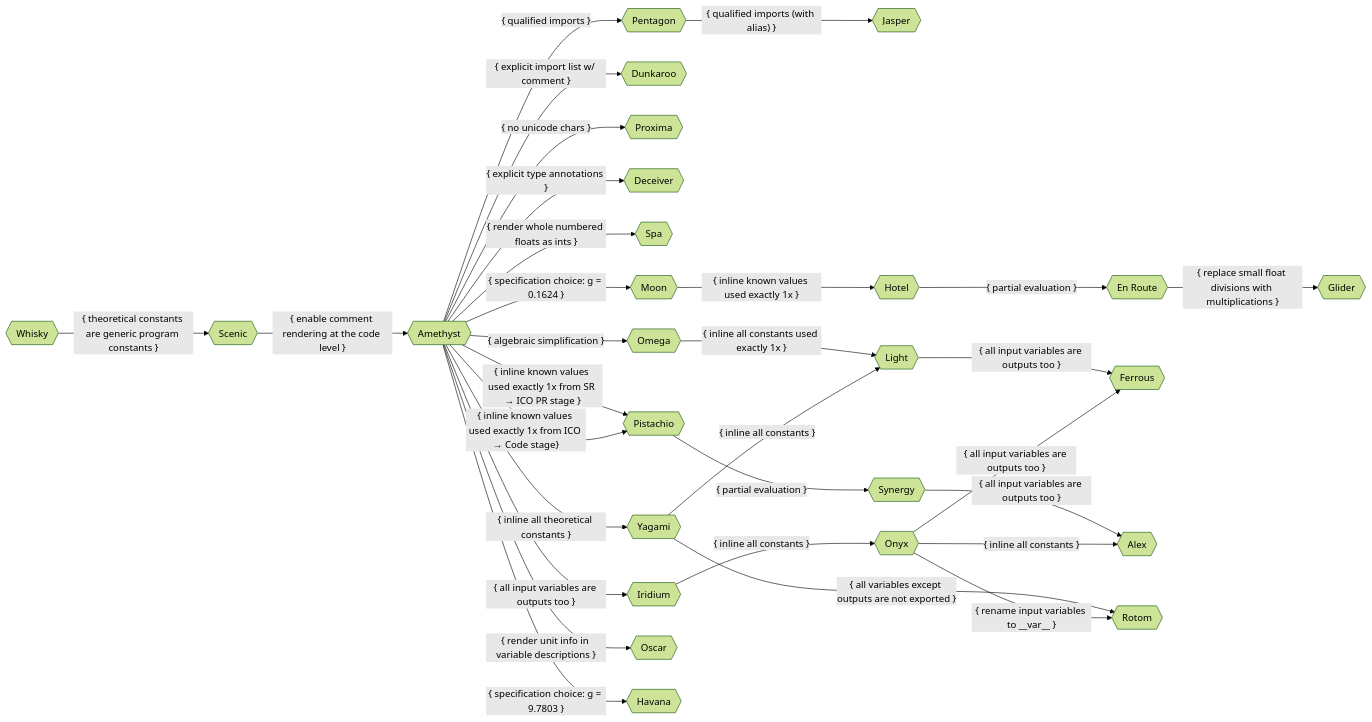
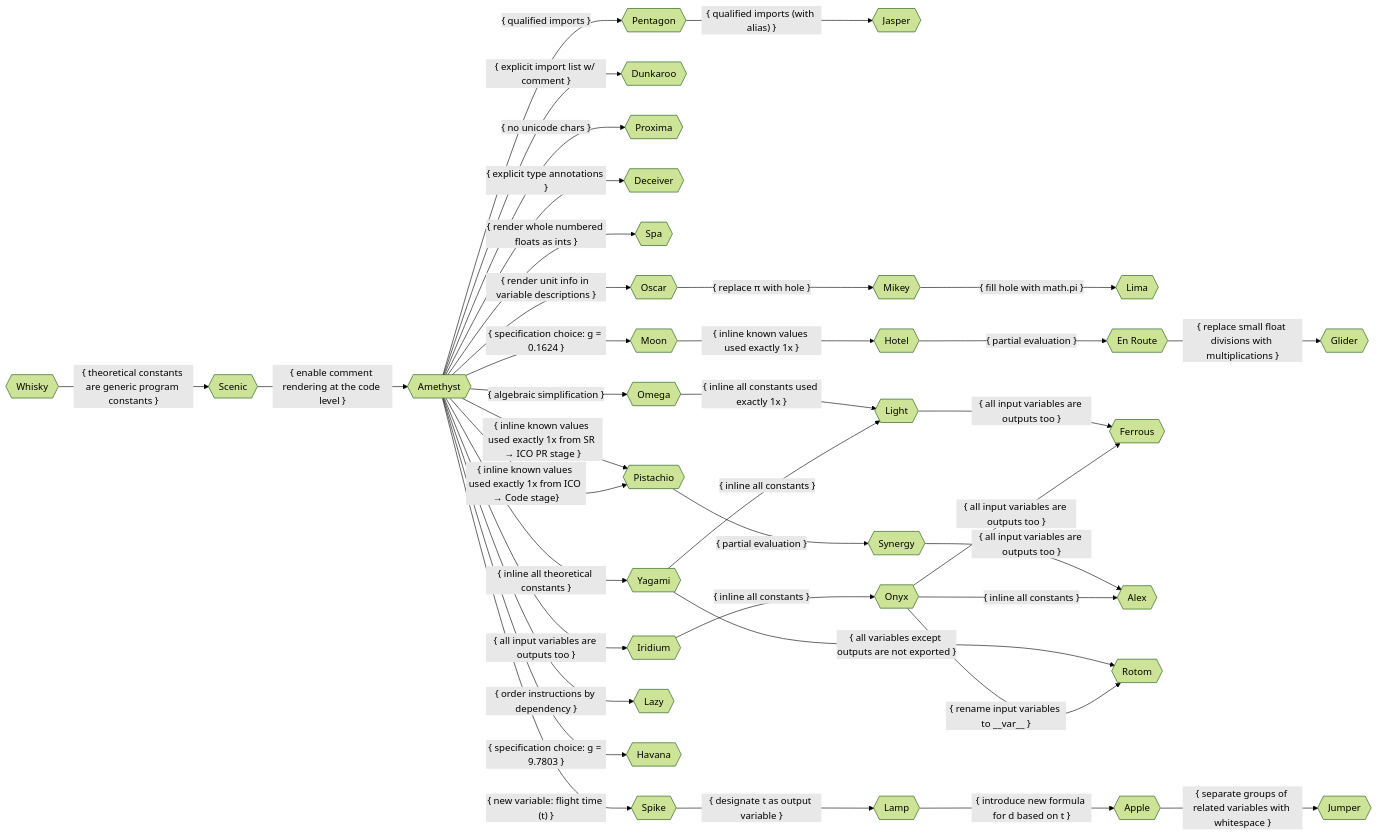
The diagram in human-readable code/New Variants.md (DrasilOrg/Notes), drawn with Mermaid (forest theme) before and after one commit. The commit also changed other lines of this file, not shown here.

````diff
--- a/human-readable code/New Variants.md
+++ b/human-readable code/New Variants.md
@@ -72,38 +71,44 @@
 ```mermaid
 flowchart LR
     whisky{{Whisky}}
 
     scenic -- { enable comment rendering at the code level } --> amethyst{{Amethyst}}
     amethyst -- { qualified imports } --> pentagon{{Pentagon}}
     pentagon -- { qualified imports (with alias) } --> jasper{{Jasper}}
     amethyst -- { explicit import list w/ comment } --> dunkaroo{{Dunkaroo}}
-
     amethyst -- { no unicode chars } --> proxima{{Proxima}}
     amethyst -- { explicit type annotations } --> deceiver{{Deceiver}}
     amethyst -- { render whole numbered floats as ints } --> spa{{Spa}}
+    mikey -- { fill hole with math.pi } --> lima{{Lima}}
 
     amethyst -- { inline known values used exactly 1x from ICO → Code stage} --> pistachio{{Pistachio}}
     amethyst -- { inline known values used exactly 1x from SR → ICO PR stage } --> pistachio
     pistachio -- { partial evaluation } --> synergy{{Synergy}}
     moon -- { inline known values used exactly 1x } --> hotel{{Hotel}}
     hotel -- { partial evaluation } --> en_route{{En Route}}
     en_route -- { replace small float divisions with multiplications } --> glider{{Glider}}
     amethyst -- { inline all theoretical constants } --> yagami{{Yagami}}
     yagami -- { inline all constants } --> light{{Light}}
     amethyst -- { algebraic simplification } --> omega{{Omega}}
     omega -- { inline all constants used exactly 1x } --> light
     amethyst -- { all input variables are outputs too } --> iridium{{Iridium}}
     iridium -- { inline all constants } --> onyx{{Onyx}}
     onyx -- { all input variables are outputs too } --> ferrous{{Ferrous}}
     onyx -- { inline all constants } --> alex{{Alex}}
     synergy -- { all input variables are outputs too } --> alex
     light -- { all input variables are outputs too } --> ferrous
     onyx -- { rename input variables to __var__ } --> rotom{{Rotom}}
     yagami -- { all variables except outputs are not exported } --> rotom
+    apple -- { separate groups of related variables with whitespace } --> jumper{{Jumper}}
 
     whisky -- { theoretical constants are generic program constants } --> scenic{{Scenic}}
     amethyst -- { render unit info in variable descriptions } --> oscar{{Oscar}}
+    oscar -- { replace π with hole } --> mikey{{Mikey}}
+    amethyst -- { order instructions by dependency } --> lazy{{Lazy}}
 
     amethyst -- { specification choice: g = 9.7803 } --> havana{{Havana}}
     amethyst -- { specification choice: g = 0.1624 } --> moon{{Moon}}
+    amethyst -- { new variable: flight time (t) } --> spike{{Spike}}
+    spike -- { designate t as output variable } --> lamp{{Lamp}}
+    lamp -- { introduce new formula for d based on t } --> apple{{Apple}}
 ```
````
